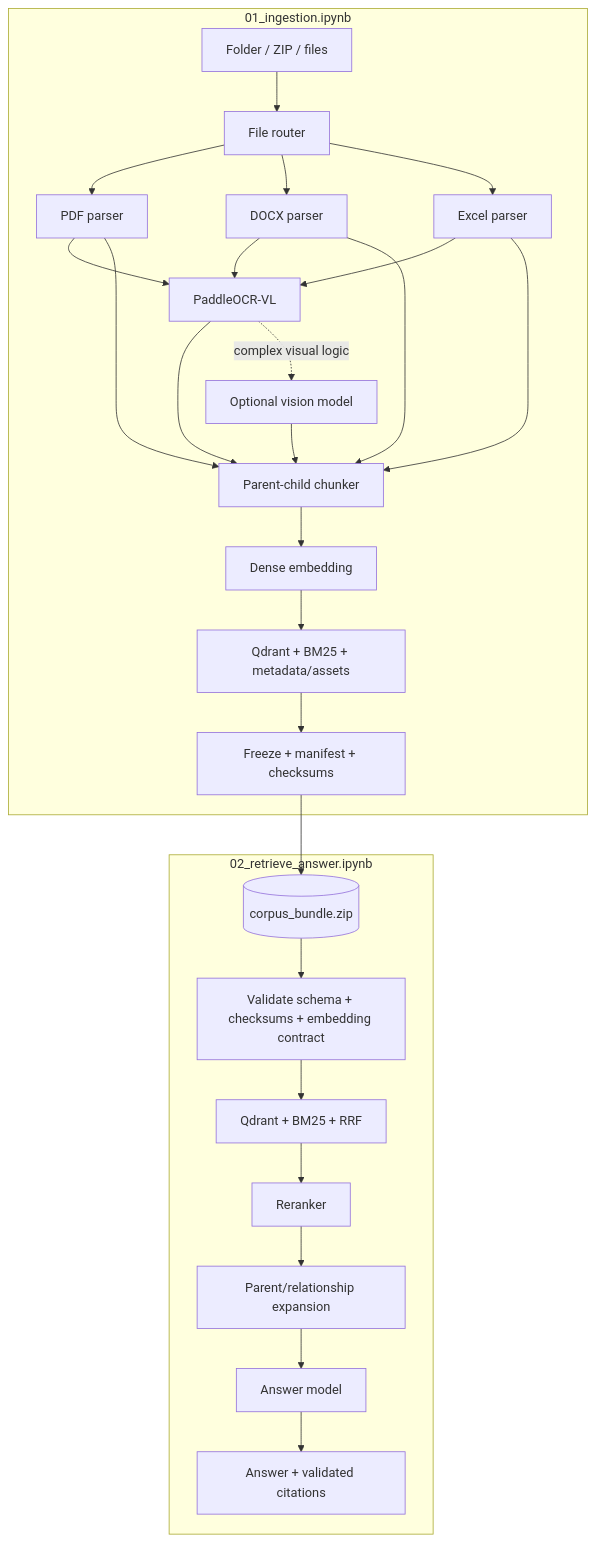
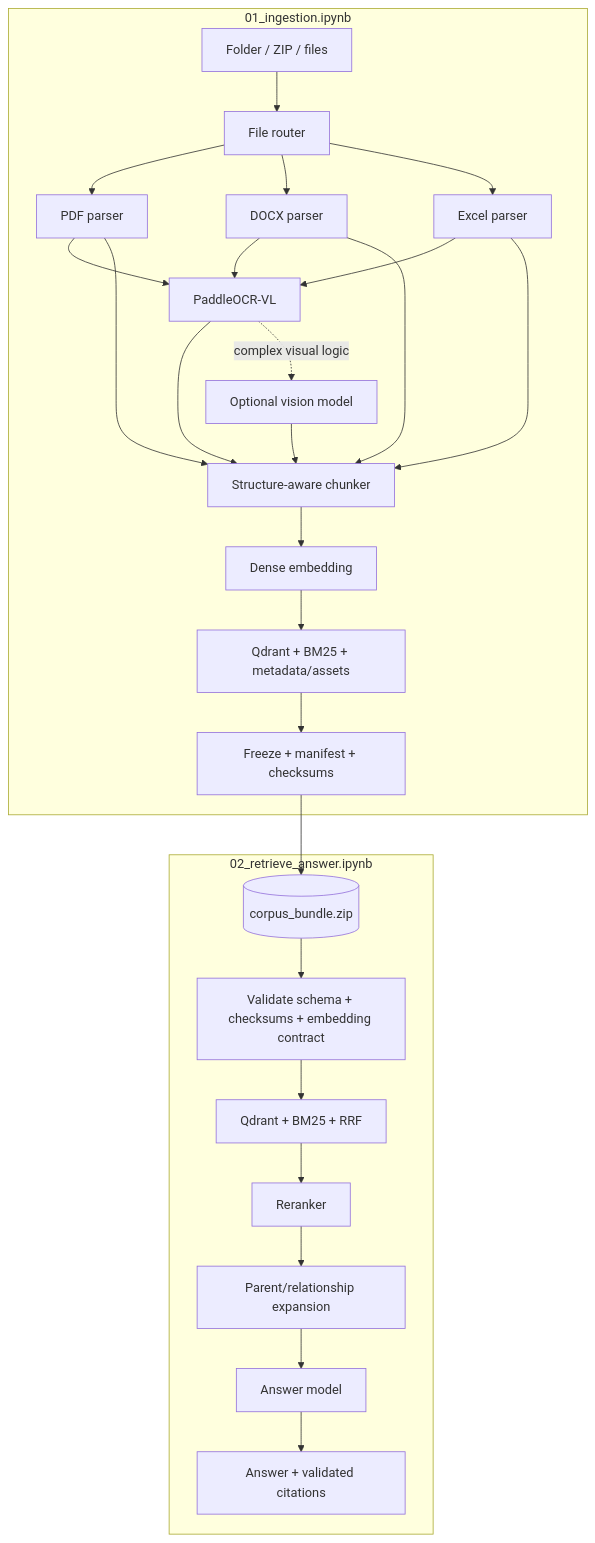
One commit to NhoDung/RAG-basic changed the second of 7 diagrams in Architecture.md. Above: the diagram before and after it, drawn with Mermaid. The commit also changed other lines of this file and 19 other files, not shown here.

````diff
--- a/Architecture.md
+++ b/Architecture.md
@@ -179,32 +190,32 @@
 ```mermaid
 flowchart TB
     subgraph I["01_ingestion.ipynb"]
         INPUT[Folder / ZIP / files] --> ROUTER[File router]
         ROUTER --> PDF[PDF parser]
         ROUTER --> DOCX[DOCX parser]
         ROUTER --> XLSX[Excel parser]
         PDF --> OCR[PaddleOCR-VL]
         DOCX --> OCR
         XLSX --> OCR
-        OCR --> CHUNK[Parent-child chunker]
+        OCR --> CHUNK[Structure-aware chunker]
         OCR -. complex visual logic .-> VLM[Optional vision model]
         PDF --> CHUNK
         DOCX --> CHUNK
         XLSX --> CHUNK
         VLM --> CHUNK
         CHUNK --> EMBED[Dense embedding]
         EMBED --> STORE[Qdrant + BM25 + metadata/assets]
         STORE --> FREEZE[Freeze + manifest + checksums]
     end
 
     FREEZE --> BUNDLE[(corpus_bundle.zip)]
 
     subgraph R["02_retrieve_answer.ipynb"]
         BUNDLE --> VALIDATE[Validate schema + checksums + embedding contract]
         VALIDATE --> SEARCH[Qdrant + BM25 + RRF]
         SEARCH --> RERANK[Reranker]
         RERANK --> CTX[Parent/relationship expansion]
         CTX --> LLM[Answer model]
         LLM --> CITE[Answer + validated citations]
     end
 ```
````
